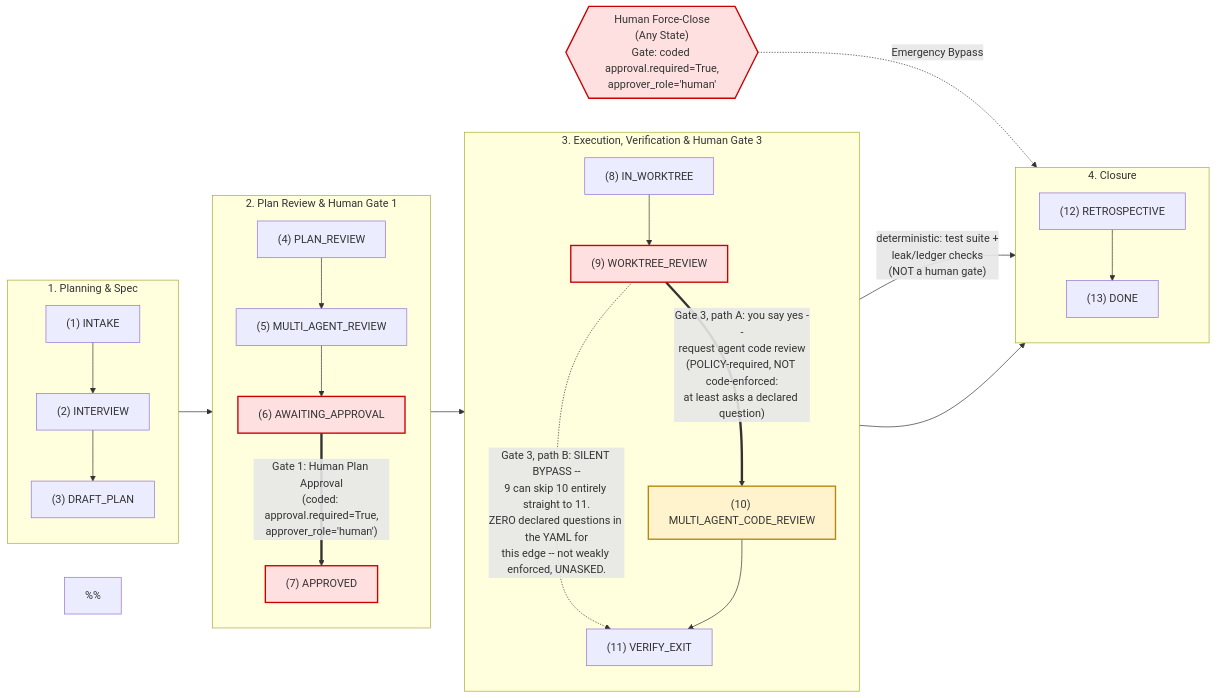
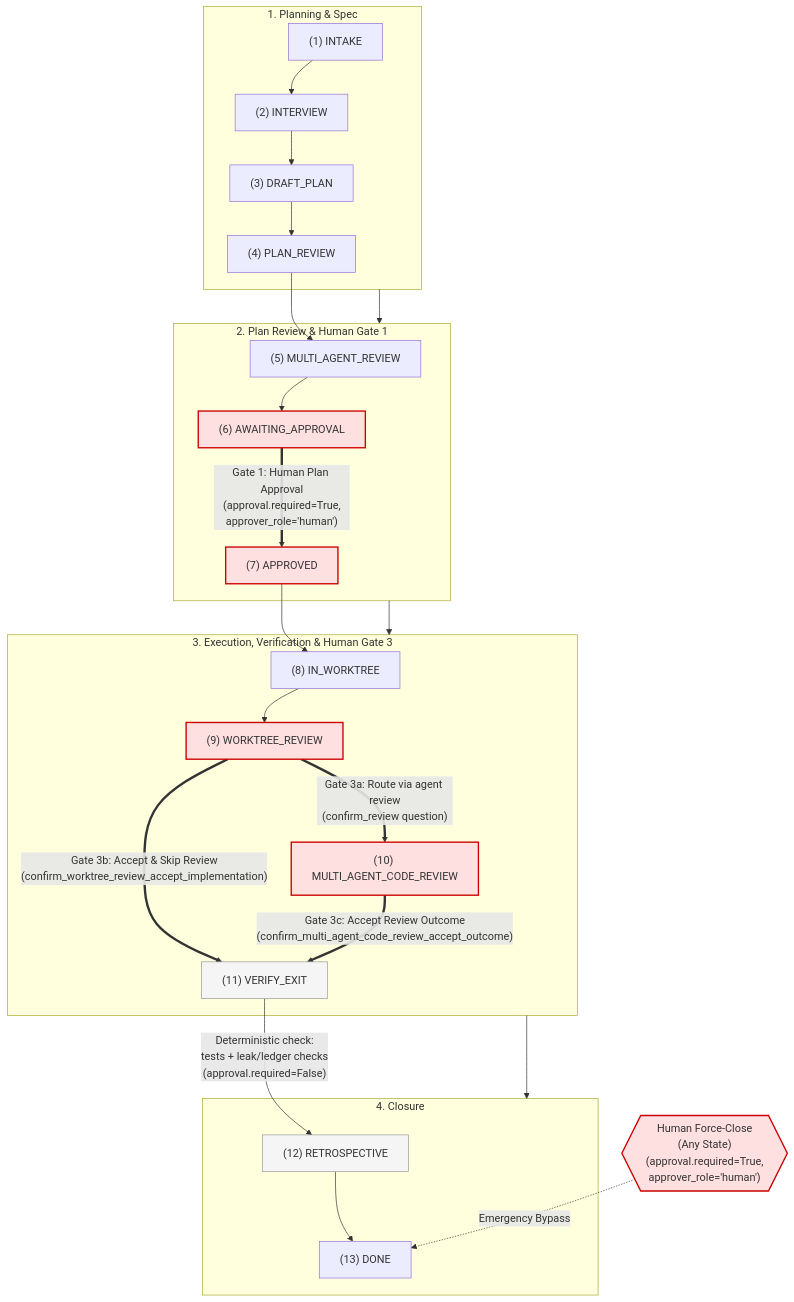
One commit to richfrem/agent-plugins-skills changed the diagram in docs/diagrams/control-plane-lifecycle-baseline-no-ciba-rar.mermaid. Above: the diagram before and after it, drawn with Mermaid. The commit also changed 1 other file, not shown here.

Commit message:
fix(diagrams): correct stale pre-restyle content committed for the two lifecycle diagrams
The previous commit accidentally committed an older "flowchart LR" version
of both lifecycle diagrams (my own original draft, predating the user's
independent "flowchart TB" restyle applied directly on the main checkout).
Both versions already correctly reflected Gate 3d's removal, but the main
checkout's restyled version is the authoritative one going forward.
Replaced with exact copies of main's current content.

Evolution-Check: none -- diagram content correction only, no logic touched.

```diff
--- a/docs/diagrams/control-plane-lifecycle-baseline-no-ciba-rar.mermaid
+++ b/docs/diagrams/control-plane-lifecycle-baseline-no-ciba-rar.mermaid
@@ -1,74 +1,57 @@
-flowchart LR
-    %% BASELINE: 13-stage canonical lifecycle as it exists TODAY, before any
-    %% authorized_actor / transition_request / CIBA+RAR hardening.
-    %% Compare against control-plane-lifecycle-hardened-with-ciba-rar.mermaid.
-    %%
-    %% Correction vs. the originally drafted version of this diagram: the edge
-    %% VERIFY_EXIT -> RETROSPECTIVE is NOT a human approval gate. Verified this
-    %% session by direct code read of transition_templates.yaml: it is
-    %% deterministic (test-suite + leak/ledger checks), approval.required=False.
-    %%
-    %% Three important human decision points exist in this lifecycle, not two --
-    %% corrected after direct user feedback:
-    %%   Gate 1 (AWAITING_APPROVAL -> APPROVED) and Human Force-Close are coded
-    %%   approval.required=True/approver_role='human' -- real, but weakly enforced
-    %%   (see vulnerability note below).
-    %%   Gate 3 (WORKTREE_REVIEW's branch decision -- accept the diff and choose
-    %%   push vs. code-review, regardless of whether an agent review ran) is
-    %%   OPERATIONALLY required by worktree-lifecycle-management.md rule 8, but is
-    %%   NOT coded as human_only today: approval.required=False,
-    %%   approver_role='agent_or_human' in transition_templates.yaml. This is a
-    %%   distinct, currently-open gap -- the policy says a human must decide, the
-    %%   code does not yet require it.
-    %%
-    %% Verified directly against transition_templates.yaml (not memory):
-    %% WORKTREE_REVIEW actually has 6 outgoing edges; only 2 are happy-path,
-    %% matching control-plane-pipeline-happy-path.mermaid's own scope choice.
-    %% Path A (-> MULTI_AGENT_CODE_REVIEW) has real declared questions.
-    %% Path B (-> VERIFY_EXIT, skip) has ZERO declared questions in the YAML --
-    %% "you say no" is advisory prose only, not an enforced question at all.
+flowchart TB
+    %% BASELINE: 13-stage canonical lifecycle
+    %% Visualizes:
+    %% - Coded human gates (enforced by SQLite trigger for actor='human', 
+    %%   but vulnerable to interactive=True / input_fn spoofing prior to CIBA+RAR)
+    %% - Deterministic gates (VERIFY_EXIT -> RETROSPECTIVE)
 
     subgraph Phase1["1. Planning & Spec"]
-        direction TB
         S1["(1) INTAKE"] --> S2["(2) INTERVIEW"]
         S2 --> S3["(3) DRAFT_PLAN"]
+        S3 --> S4["(4) PLAN_REVIEW"]
     end
 
     subgraph Phase2["2. Plan Review & Human Gate 1"]
-        direction TB
-        S4["(4) PLAN_REVIEW"] --> S5["(5) MULTI_AGENT_REVIEW"]
+        S4 --> S5["(5) MULTI_AGENT_REVIEW"]
         S5 --> S6["(6) AWAITING_APPROVAL"]
-        S6 ==>|"Gate 1: Human Plan Approval<br/>(coded: approval.required=True,<br/>approver_role='human')"| S7["(7) APPROVED"]
+        S6 ==>|"Gate 1: Human Plan Approval<br/>(approval.required=True,<br/>approver_role='human')"| S7["(7) APPROVED"]
     end
 
     subgraph Phase3["3. Execution, Verification & Human Gate 3"]
-        direction TB
-        S8["(8) IN_WORKTREE"] --> S9["(9) WORKTREE_REVIEW"]
-        S9 ==>|"Gate 3, path A: you say yes --<br/>request agent code review<br/>(POLICY-required, NOT code-enforced:<br/>at least asks a declared question)"| S10["(10) MULTI_AGENT_CODE_REVIEW"]
-        S9 -.->|"Gate 3, path B: SILENT BYPASS --<br/>9 can skip 10 entirely straight to 11.<br/>ZERO declared questions in the YAML for<br/>this edge -- not weakly enforced, UNASKED."| S11["(11) VERIFY_EXIT"]
-        S10 --> S11
+        S7 --> S8["(8) IN_WORKTREE"]
+        S8 --> S9["(9) WORKTREE_REVIEW"]
+
+        %% Gate 3 Branch Decisions (Coded in YAML & trigger-backed). No direct
+        %% IN_WORKTREE -> VERIFY_EXIT edge exists: an earlier fix ("Gate 3d")
+        %% added a human question there instead of removing the edge, but a
+        %% human answering that question would be approving a bypass of
+        %% WORKTREE_REVIEW -- the step whose purpose is to show them the diff
+        %% first. Correctly attributed to a human, not an informed decision.
+        %% The edge was removed entirely (2026-09-17): all work must pass
+        %% through WORKTREE_REVIEW before VERIFY_EXIT.
+        S9 ==>|"Gate 3a: Route via agent review<br/>(confirm_review question)"| S10["(10) MULTI_AGENT_CODE_REVIEW"]
+        S9 ==>|"Gate 3b: Accept & Skip Review<br/>(confirm_worktree_review_accept_implementation)"| S11["(11) VERIFY_EXIT"]
+        S10 ==>|"Gate 3c: Accept Review Outcome<br/>(confirm_multi_agent_code_review_accept_outcome)"| S11
     end
 
     subgraph Phase4["4. Closure"]
-        direction TB
-        S11 -->|"deterministic: test suite +<br/>leak/ledger checks<br/>(NOT a human gate)"| S12["(12) RETROSPECTIVE"]
+        S11 -->|"Deterministic check:<br/>tests + leak/ledger checks<br/>(approval.required=False)"| S12["(12) RETROSPECTIVE"]
         S12 --> S13["(13) DONE"]
     end
 
+    %% Phase-to-phase vertical layout flow
     Phase1 --> Phase2
     Phase2 --> Phase3
     Phase3 --> Phase4
 
-    HumanClose{{"Human Force-Close<br/>(Any State)<br/>Gate: coded approval.required=True,<br/>approver_role='human'"}} -.->|Emergency Bypass| S13
+    %% Emergency Bypass Path
+    HumanClose{{"Human Force-Close<br/>(Any State)<br/>(approval.required=True,<br/>approver_role='human')"}} -.->|Emergency Bypass| S13
 
-    %% THE ACTUAL VULNERABILITY THIS BASELINE HAS (issue #621):
-    %% Gate 1 and Human Force-Close are enforced ONLY by coordinator.py checking
-    %% `interactive=True` and trusting whatever self._input_fn(...) returns as
-    %% human-originated. There is no isatty() check, no signature, no independent
-    %% channel. An agent piping stdin or injecting a custom input_fn satisfies
-    %% both gates identically to a real human typing at a terminal -- confirmed
-    %% live this session.
+    %% Styling definitions:
+    %% All human gates are coded in YAML and SQLite-enforced, but remain vulnerable 
+    %% to actor='human' spoofing until CIBA+RAR signed tokens are introduced.
     classDef vulnerable fill:#ffe0e0,stroke:#c00,stroke-width:2px
-    classDef uncoded fill:#fff3cd,stroke:#b8860b,stroke-width:2px
-    class S6,S7,HumanClose,S9 vulnerable
-    class S10 uncoded
+    classDef deterministic fill:#f5f5f5,stroke:#999,stroke-width:1px
+
+    class S6,S7,S9,S10,HumanClose vulnerable
+    class S11,S12 deterministic
```
